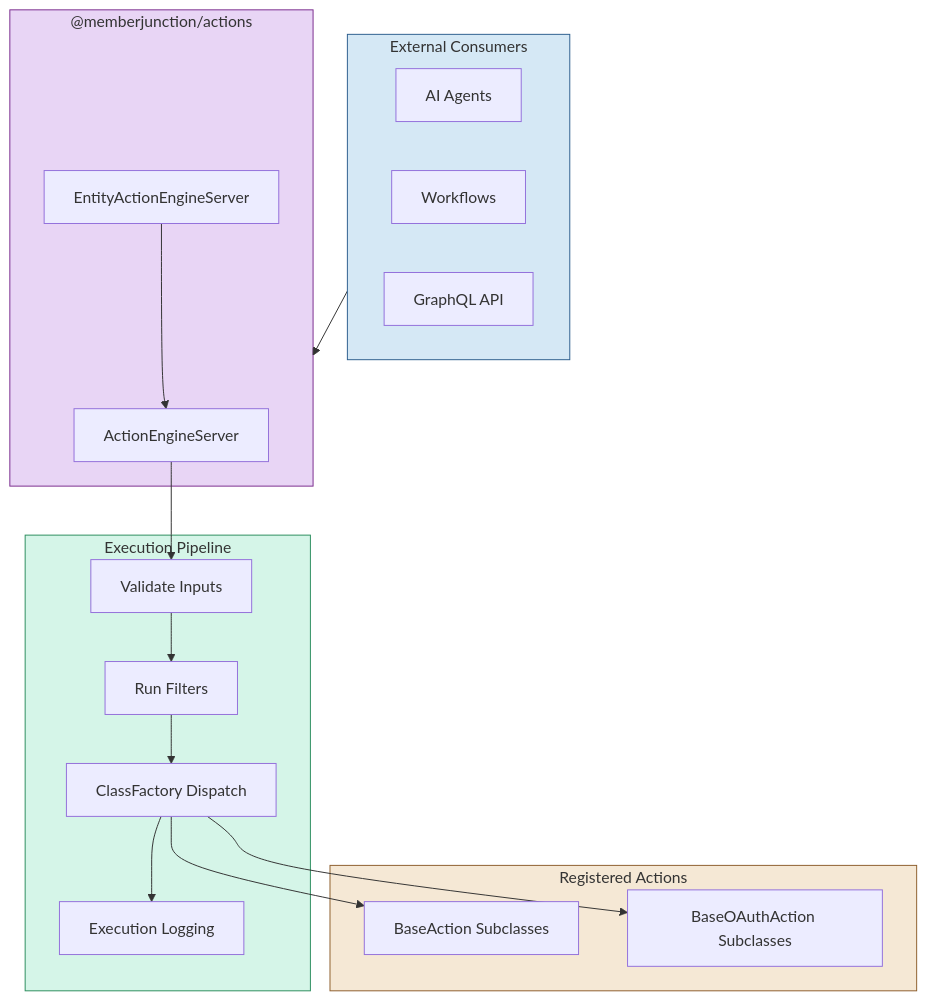
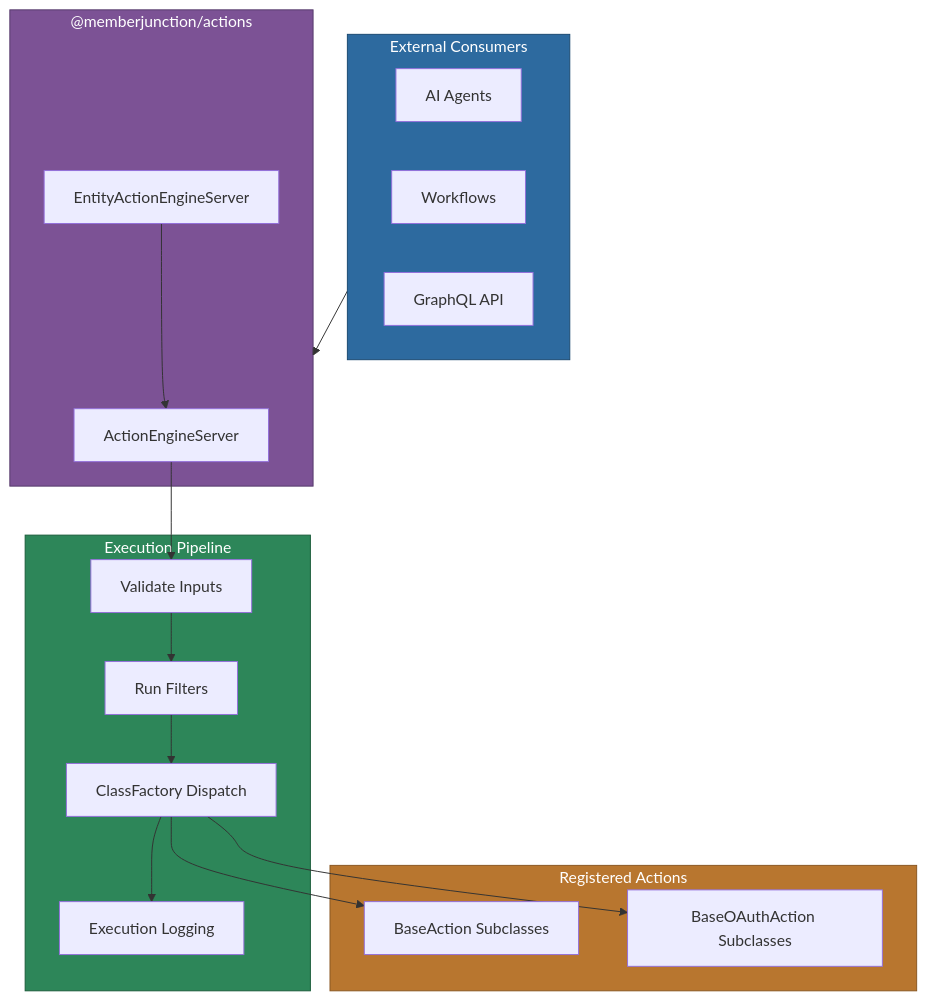
The first of 4 diagrams in packages/Actions/Engine/README.md (MemberJunction/MJ), drawn with Mermaid before and after one commit. The commit also changed 2 other files, not shown here.

Commit message:
fix: update mermaid color palette for dark/light mode readability
Replace light pastel fills (wash out in dark mode) with medium-brightness
fills and explicit color:#fff for subgraph labels. New palette:
- Blue: #2d6a9f, Green: #2d8659, Orange: #b8762f, Purple: #7c5295

Updated in slash commands (update-folder-readme, update-package-readme)
and existing Actions/Engine README.

https://claude.ai/code/session_0166aiYTs6ygtJKp7me6cCrf

````diff
--- a/packages/Actions/Engine/README.md
+++ b/packages/Actions/Engine/README.md
@@ -20,36 +20,36 @@
 ```mermaid
 flowchart TD
     subgraph Consumers["External Consumers"]
         Agent["AI Agents"]
         WF["Workflows"]
         API["GraphQL API"]
     end
 
     subgraph Engine["@memberjunction/actions"]
         AES["ActionEngineServer"]
         EAES["EntityActionEngineServer"]
     end
 
     subgraph Pipeline["Execution Pipeline"]
         Validate["Validate Inputs"]
         Filter["Run Filters"]
         Dispatch["ClassFactory Dispatch"]
         Log["Execution Logging"]
     end
 
     subgraph Actions["Registered Actions"]
         BA["BaseAction Subclasses"]
         OAuth["BaseOAuthAction Subclasses"]
     end
 
     Consumers --> Engine
     AES --> Validate --> Filter --> Dispatch --> Log
     Dispatch --> BA
     Dispatch --> OAuth
     EAES --> AES
 
-    style Consumers fill:#d5e8f5,stroke:#2d5f8e
-    style Engine fill:#e8d5f5,stroke:#7b2d8e
-    style Pipeline fill:#d5f5e8,stroke:#2d8e5f
-    style Actions fill:#f5e8d5,stroke:#8e5f2d
+    style Consumers fill:#2d6a9f,stroke:#1a4971,color:#fff
+    style Engine fill:#7c5295,stroke:#563a6b,color:#fff
+    style Pipeline fill:#2d8659,stroke:#1a5c3a,color:#fff
+    style Actions fill:#b8762f,stroke:#8a5722,color:#fff
 ```
````
